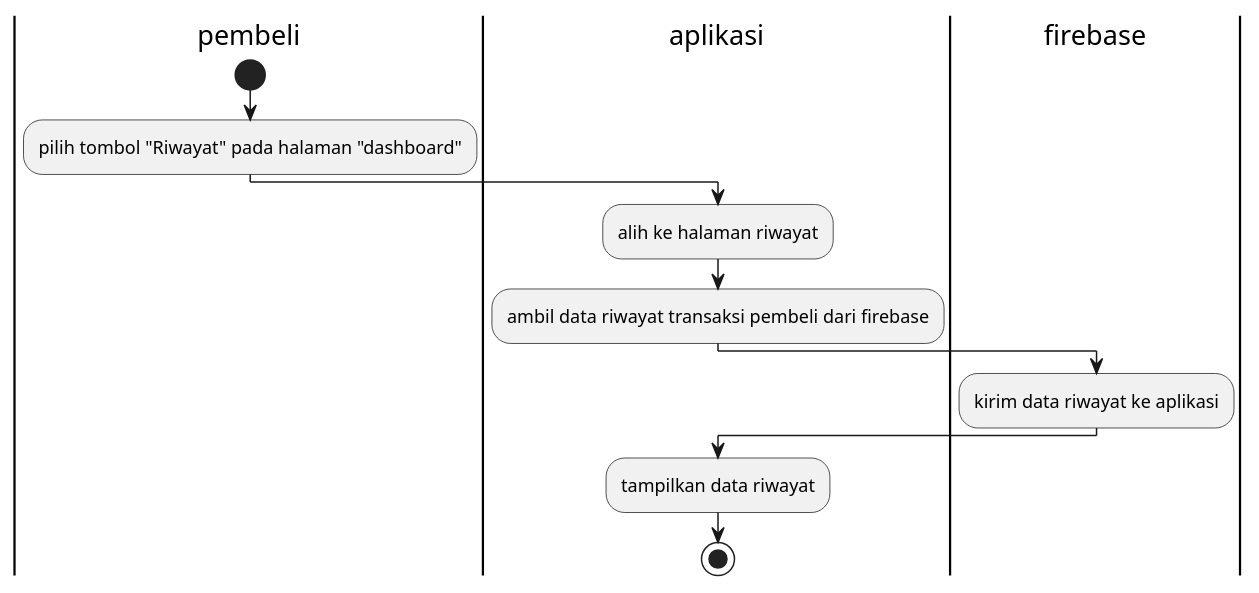
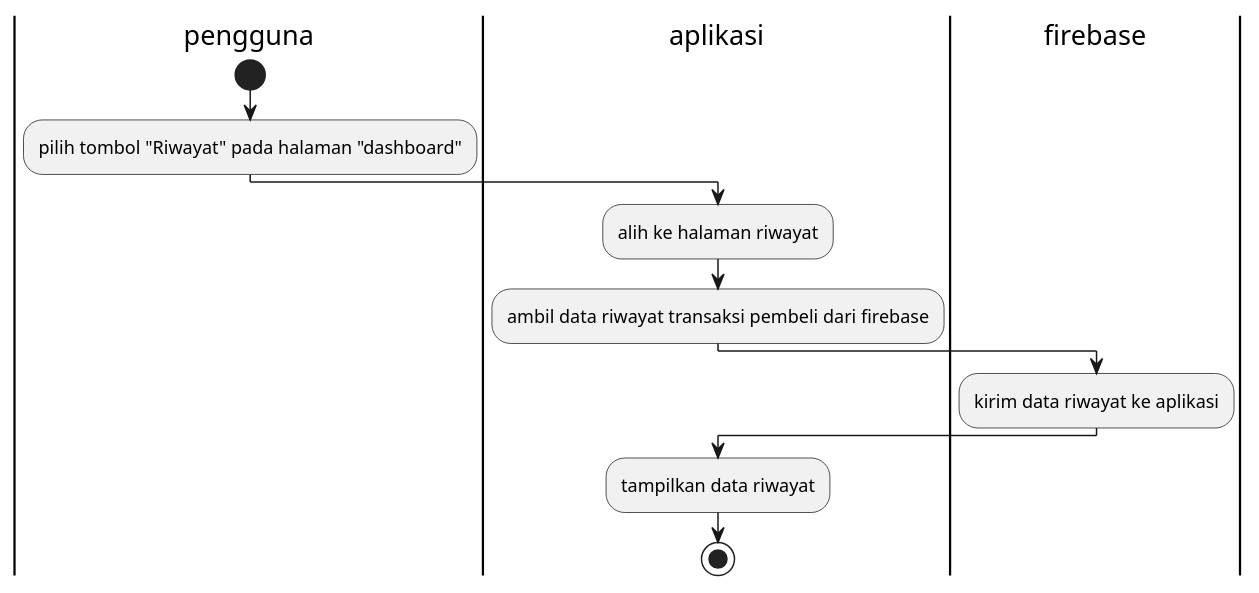
The diagram in trx_history_activity.puml (stnDinus/skpl_apbo_diagrams), drawn with PlantUML before and after one commit.

Commit message:
fix: rename pembeli -> pengguna on trx_history

```diff
--- a/trx_history_activity.puml
+++ b/trx_history_activity.puml
@@ -1,18 +1,18 @@
 @startuml
 
-|pembeli|
+|pengguna|
 start
 :pilih tombol "Riwayat" pada halaman "dashboard";
 
 |aplikasi|
 :alih ke halaman riwayat;
 :ambil data riwayat transaksi pembeli dari firebase;
 
 |firebase|
 :kirim data riwayat ke aplikasi;
 
 |aplikasi|
 :tampilkan data riwayat;
 stop
 
 @enduml
```
